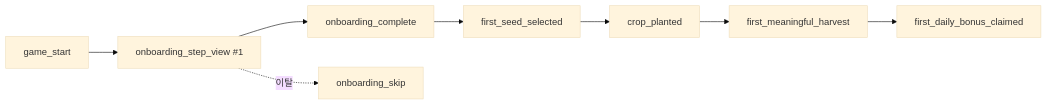
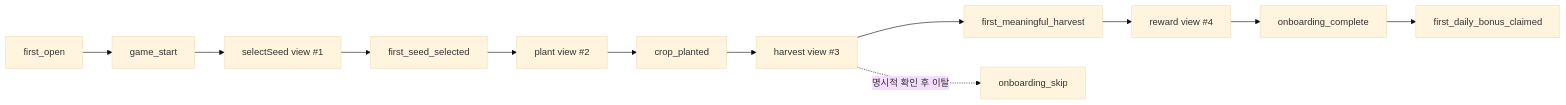
One commit to seorilabs/happy-farm changed the diagram in docs/04-work/funnel-analytics.md. Above: the diagram before and after it, drawn with Mermaid (base theme). The commit also changed other lines of this file and 12 other files, not shown here.

````diff
--- a/docs/04-work/funnel-analytics.md
+++ b/docs/04-work/funnel-analytics.md
@@ -56,10 +68,14 @@
 ```mermaid
 flowchart LR
-  A[game_start] --> B[onboarding_step_view #35;1]
-  B --> C[onboarding_complete]
+  A[first_open] --> B[game_start]
+  B --> C[selectSeed view #35;1]
   C --> D[first_seed_selected]
-  D --> E[crop_planted]
-  E --> F[first_meaningful_harvest]
-  F --> G[first_daily_bonus_claimed]
-  B -. 이탈 .-> S[onboarding_skip]
+  D --> E[plant view #35;2]
+  E --> F[crop_planted]
+  F --> G[harvest view #35;3]
+  G --> H[first_meaningful_harvest]
+  H --> I[reward view #35;4]
+  I --> J[onboarding_complete]
+  J --> K[first_daily_bonus_claimed]
+  G -. 명시적 확인 후 이탈 .-> S[onboarding_skip]
 ```
````
